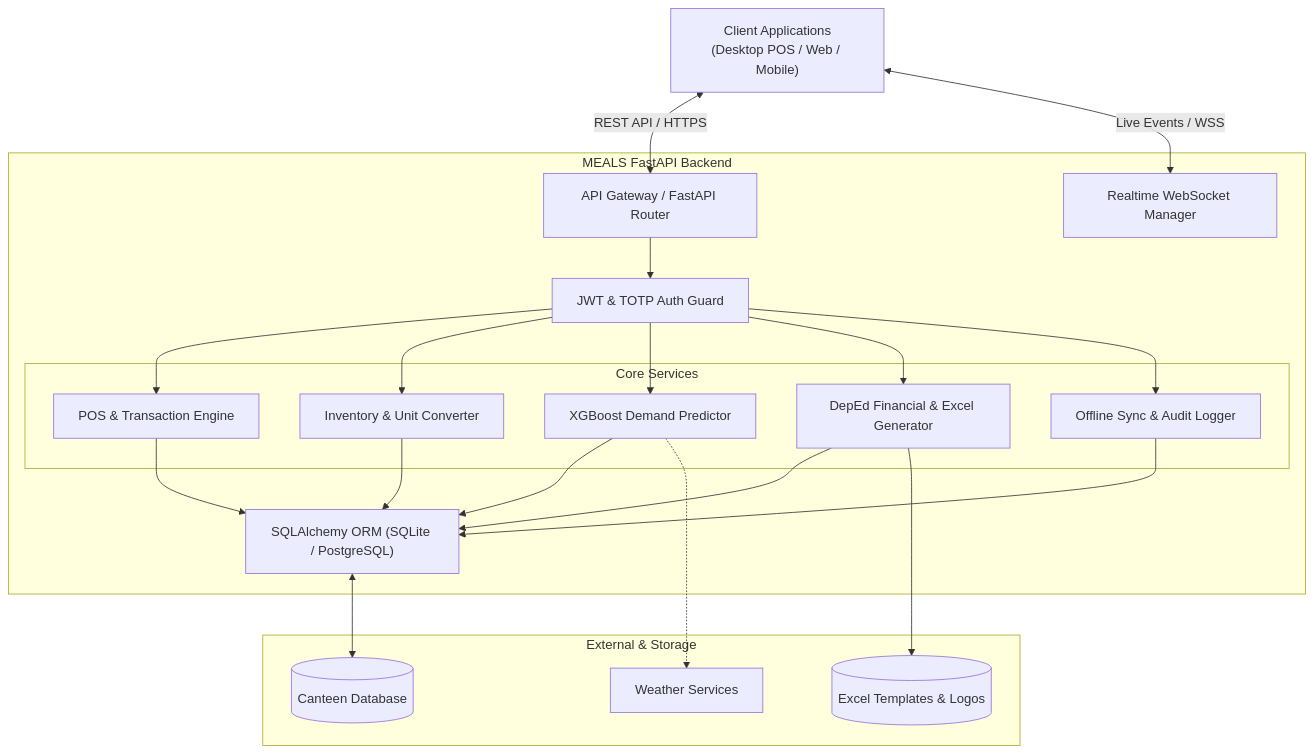
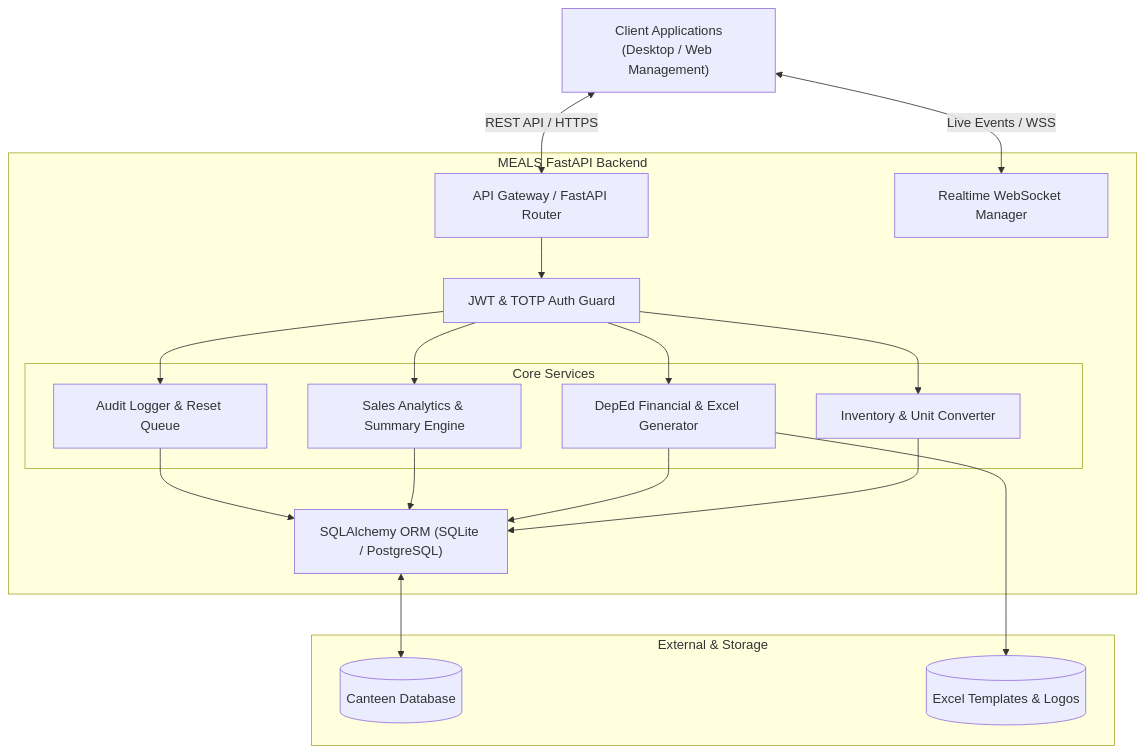
The diagram in backend/README.md (RonaldMark17/SmartCanteen), drawn with Mermaid before and after one commit. The commit also changed other lines of this file and 7 other files, not shown here.

````diff
--- a/backend/README.md
+++ b/backend/README.md
@@ -72,45 +61,40 @@
 ```mermaid
 graph TD
-    Client["Client Applications<br/>(Desktop POS / Web / Mobile)"]
+    Client["Client Applications<br/>(Desktop / Web Management)"]
 
     subgraph "MEALS FastAPI Backend"
         Router["API Gateway / FastAPI Router"]
         AuthMiddleware["JWT & TOTP Auth Guard"]
         WebSocketHub["Realtime WebSocket Manager"]
         
         subgraph "Core Services"
-            PosService["POS & Transaction Engine"]
             InventoryService["Inventory & Unit Converter"]
-            MLPredictor["XGBoost Demand Predictor"]
             ReportEngine["DepEd Financial & Excel Generator"]
-            SyncService["Offline Sync & Audit Logger"]
+            AnalyticsService["Sales Analytics & Summary Engine"]
+            AuditService["Audit Logger & Reset Queue"]
         end
 
         DatabaseLayer["SQLAlchemy ORM (SQLite / PostgreSQL)"]
     end
 
     subgraph "External & Storage"
         Database[(Canteen Database)]
         ExcelTemplate[("Excel Templates & Logos")]
-        WeatherAPI["Weather Services"]
     end
 
     Client <-->|REST API / HTTPS| Router
     Client <-->|Live Events / WSS| WebSocketHub
     Router --> AuthMiddleware
-    AuthMiddleware --> PosService
     AuthMiddleware --> InventoryService
-    AuthMiddleware --> MLPredictor
     AuthMiddleware --> ReportEngine
-    AuthMiddleware --> SyncService
+    AuthMiddleware --> AnalyticsService
+    AuthMiddleware --> AuditService
 
-    PosService --> DatabaseLayer
     InventoryService --> DatabaseLayer
-    MLPredictor --> DatabaseLayer
     ReportEngine --> DatabaseLayer
     ReportEngine --> ExcelTemplate
-    SyncService --> DatabaseLayer
-    MLPredictor -.-> WeatherAPI
+    AnalyticsService --> DatabaseLayer
+    AuditService --> DatabaseLayer
 
     DatabaseLayer <--> Database
 ```
````
